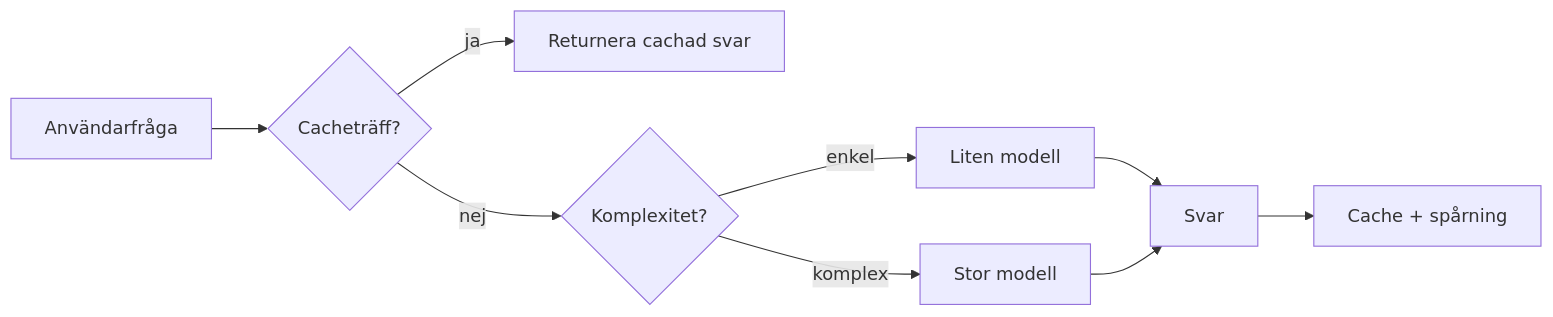
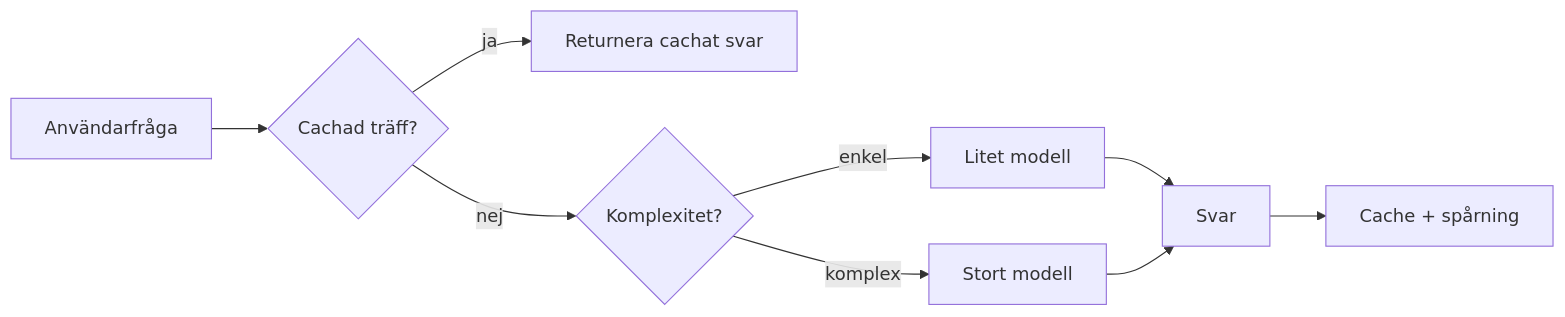
Before and after one commit to gabrielmoreira/agent-skills-mirror: the third of 4 diagrams in mirrors/repos/microsoft@ai-agents-for-beginners/translations/sv/16-deploying-scalable-agents/README.md, drawn with Mermaid. The commit also changed other lines of this file and 3581 other files, not shown here.

````diff
--- a/mirrors/repos/microsoft@ai-agents-for-beginners/translations/sv/16-deploying-scalable-agents/README.md
+++ b/mirrors/repos/microsoft@ai-agents-for-beginners/translations/sv/16-deploying-scalable-agents/README.md
@@ -134,11 +134,11 @@
 ```mermaid
 flowchart LR
-    Q[Användarfråga] --> C{Cacheträff?}
-    C -->|ja| R[Returnera cachad svar]
+    Q[Användarfråga] --> C{Cachad träff?}
+    C -->|ja| R[Returnera cachat svar]
     C -->|nej| Router{Komplexitet?}
-    Router -->|enkel| SLM[Liten modell]
-    Router -->|komplex| LLM[Stor modell]
+    Router -->|enkel| SLM[Litet modell]
+    Router -->|komplex| LLM[Stort modell]
     SLM --> Out[Svar]
     LLM --> Out
     Out --> Store[Cache + spårning]
 ```
````
